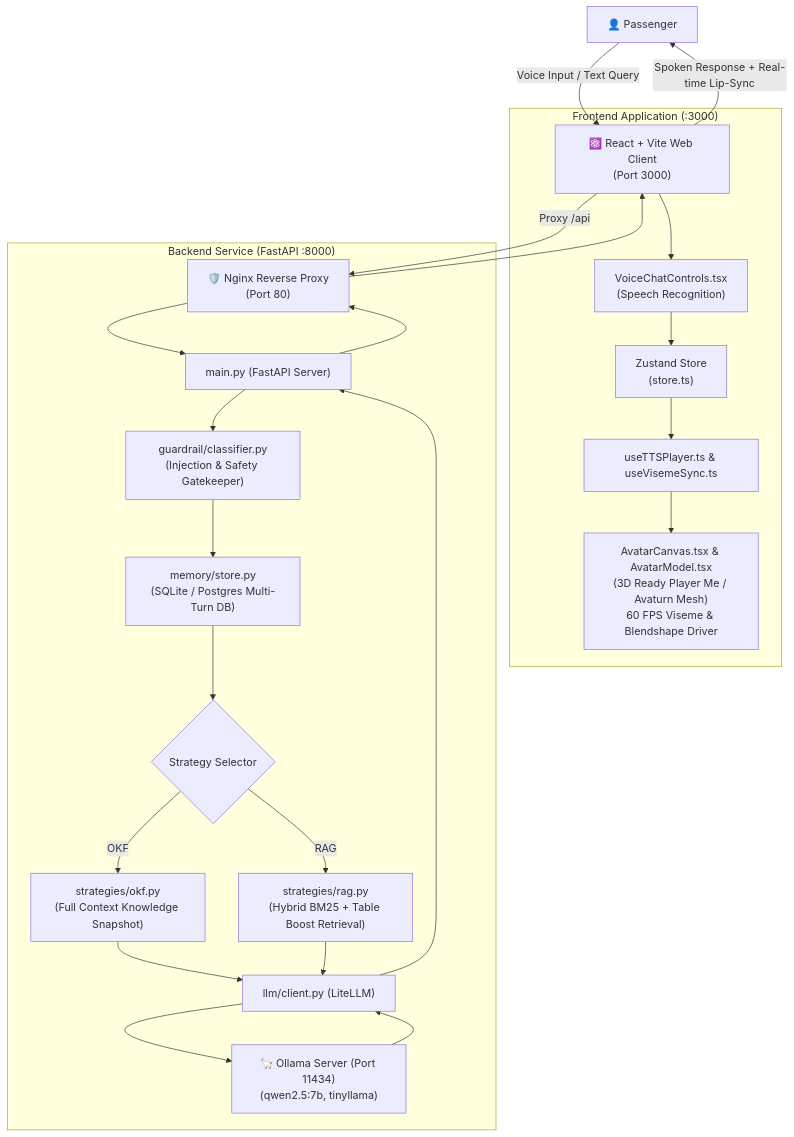
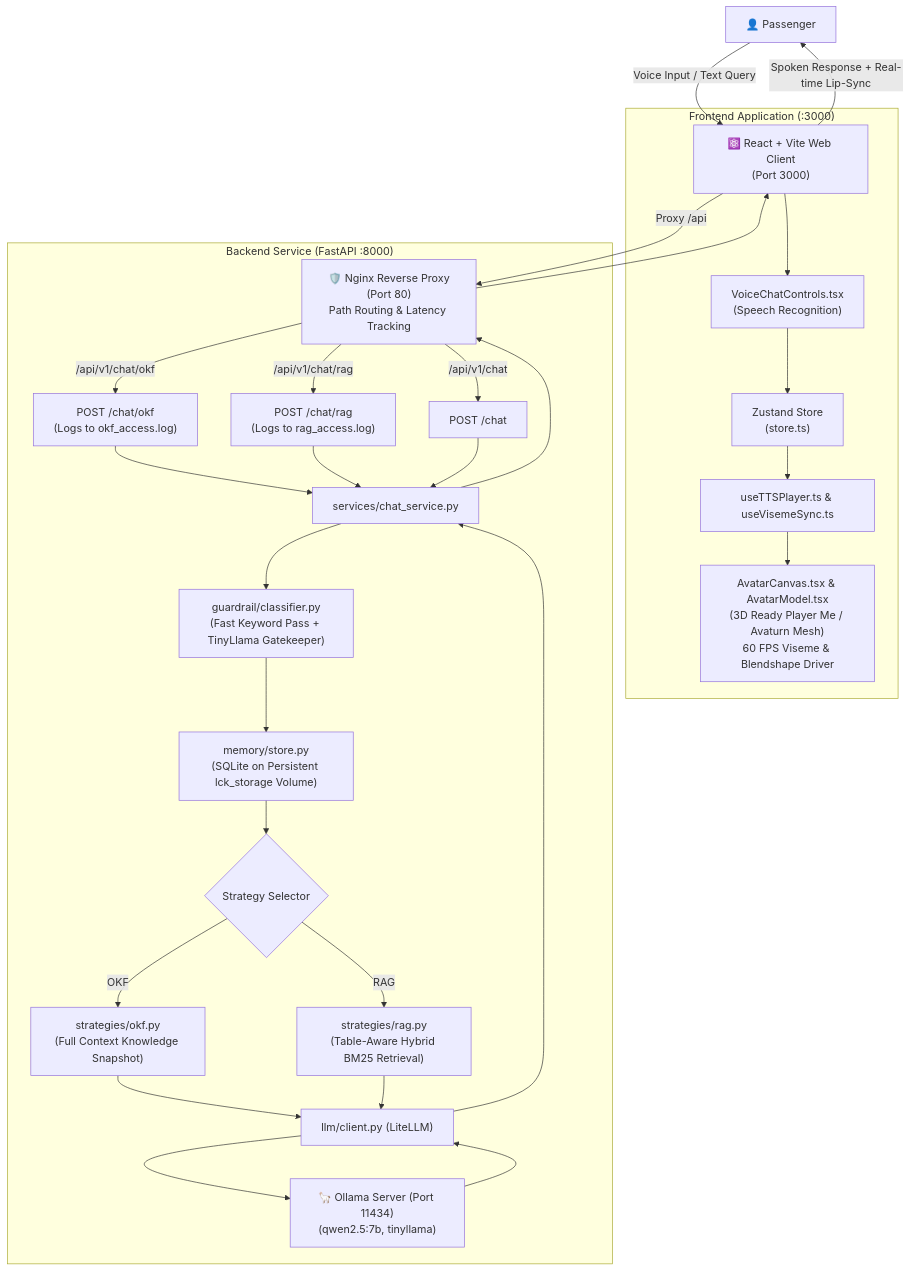
Before and after one commit to iamlck/lck_airport: the diagram in README.md, drawn with Mermaid. The commit also changed other lines of this file and 57 other files, not shown here.

````diff
--- a/README.md
+++ b/README.md
@@ -19,33 +20,40 @@
 ```mermaid
 flowchart TD
     Passenger["👤 Passenger"] -->|Voice Input / Text Query| ReactApp["⚛️ React + Vite Web Client\n(Port 3000)"]
     
     subgraph FrontendApp ["Frontend Application (:3000)"]
         ReactApp --> VoiceControls["VoiceChatControls.tsx\n(Speech Recognition)"]
         VoiceControls --> StateStore["Zustand Store\n(store.ts)"]
         StateStore --> TTSHook["useTTSPlayer.ts & useVisemeSync.ts"]
         TTSHook --> Avatar3D["AvatarCanvas.tsx & AvatarModel.tsx\n(3D Ready Player Me / Avaturn Mesh)\n60 FPS Viseme & Blendshape Driver"]
     end
 
-    ReactApp -->|Proxy /api| Nginx["🛡️ Nginx Reverse Proxy\n(Port 80)"]
+    ReactApp -->|Proxy /api| Nginx["🛡️ Nginx Reverse Proxy\n(Port 80)\nPath Routing & Latency Tracking"]
 
     subgraph BackendApp ["Backend Service (FastAPI :8000)"]
-        Nginx --> FastAPI["main.py (FastAPI Server)"]
-        FastAPI --> Guardrail["guardrail/classifier.py\n(Injection & Safety Gatekeeper)"]
-        Guardrail --> Memory["memory/store.py\n(SQLite / Postgres Multi-Turn DB)"]
+        Nginx -->|/api/v1/chat/okf| RouteOKF["POST /chat/okf\n(Logs to okf_access.log)"]
+        Nginx -->|/api/v1/chat/rag| RouteRAG["POST /chat/rag\n(Logs to rag_access.log)"]
+        Nginx -->|/api/v1/chat| RouteGeneral["POST /chat"]
+
+        RouteOKF --> Svc["services/chat_service.py"]
+        RouteRAG --> Svc
+        RouteGeneral --> Svc
+
+        Svc --> Guardrail["guardrail/classifier.py\n(Fast Keyword Pass + TinyLlama Gatekeeper)"]
+        Guardrail --> Memory["memory/store.py\n(SQLite on Persistent lck_storage Volume)"]
         Memory --> StrategyChooser{"Strategy Selector"}
         
         StrategyChooser -->|OKF| OKFStrat["strategies/okf.py\n(Full Context Knowledge Snapshot)"]
-        StrategyChooser -->|RAG| RAGStrat["strategies/rag.py\n(Hybrid BM25 + Table Boost Retrieval)"]
+        StrategyChooser -->|RAG| RAGStrat["strategies/rag.py\n(Table-Aware Hybrid BM25 Retrieval)"]
         
         OKFStrat --> LiteLLM["llm/client.py (LiteLLM)"]
         RAGStrat --> LiteLLM
         LiteLLM --> LocalOllama["🦙 Ollama Server (Port 11434)\n(qwen2.5:7b, tinyllama)"]
     end
 
     LocalOllama --> LiteLLM
-    LiteLLM --> FastAPI
-    FastAPI --> Nginx
+    LiteLLM --> Svc
+    Svc --> Nginx
     Nginx --> ReactApp
     ReactApp -->|Spoken Response + Real-time Lip-Sync| Passenger
 ```
````
